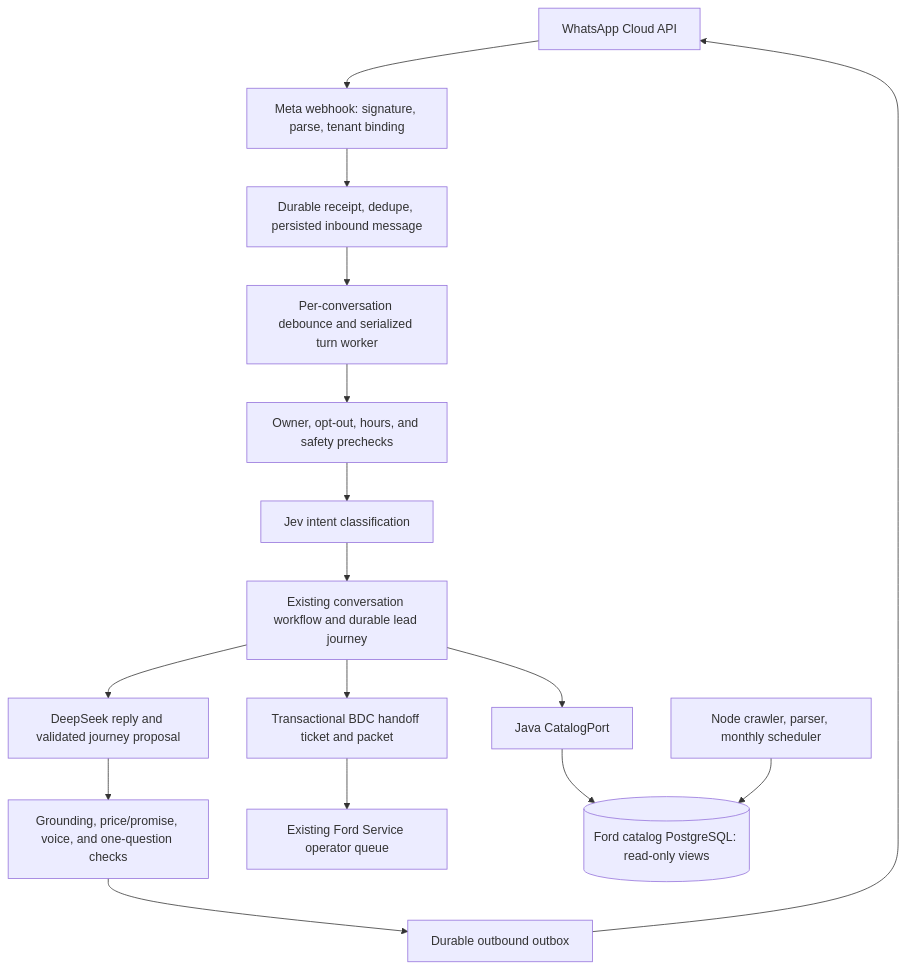
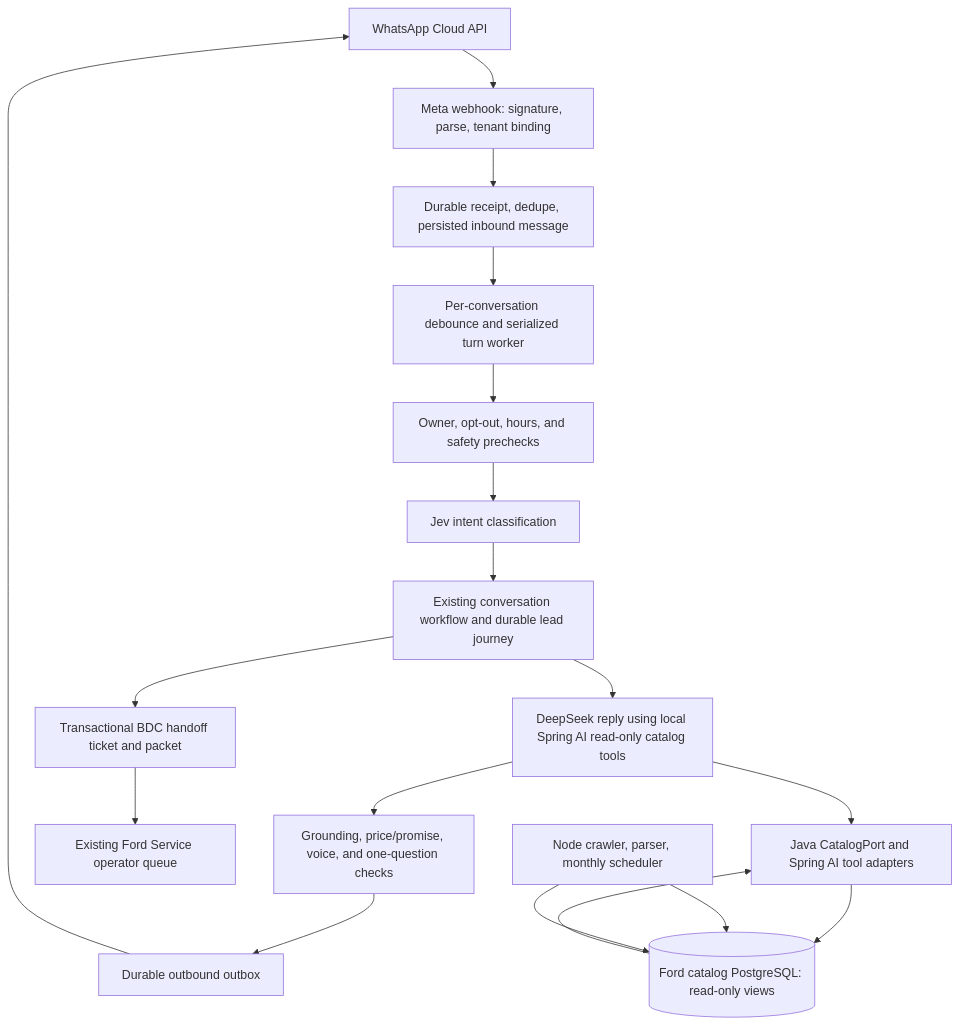
Before and after one commit to migangdelzar/Ford-uruapan: the diagram in docs/superpowers/specs/2026-10-17-mia-phase-one-assistant-design.md, drawn with Mermaid. The commit also changed other lines of this file and 207 other files, not shown here.

Commit message:
feat(mia): add catalog tools and phase one operations

````diff
--- a/docs/superpowers/specs/2026-10-17-mia-phase-one-assistant-design.md
+++ b/docs/superpowers/specs/2026-10-17-mia-phase-one-assistant-design.md
@@ -93,18 +96,20 @@
 ```mermaid
 flowchart TD
     M[WhatsApp Cloud API] --> W[Meta webhook: signature, parse, tenant binding]
     W --> R[Durable receipt, dedupe, persisted inbound message]
     R --> D[Per-conversation debounce and serialized turn worker]
     D --> P[Owner, opt-out, hours, and safety prechecks]
     P --> C[Jev intent classification]
     C --> J[Existing conversation workflow and durable lead journey]
-    J --> F[DeepSeek reply and validated journey proposal]
+    J --> F[DeepSeek reply using local Spring AI read-only catalog tools]
     F --> G[Grounding, price/promise, voice, and one-question checks]
     G --> O[Durable outbound outbox]
     O --> M
     J --> H[Transactional BDC handoff ticket and packet]
     H --> U[Existing Ford Service operator queue]
-    J --> CP[Java CatalogPort]
+    F --> CP[Java CatalogPort and Spring AI tool adapters]
     CP --> DB[(Ford catalog PostgreSQL: read-only views)]
     ING[Node crawler, parser, monthly scheduler] --> DB
+    ING --> DB
+    DB --> CP
 ```
````
